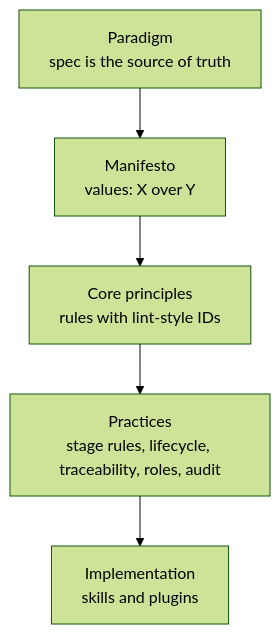
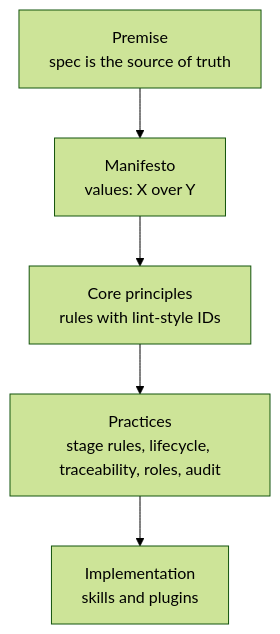
One commit to ScottHysom/claude-plugins changed the first of 3 diagrams in plugins/flywheel/docs/README.md. Above: the diagram before and after it, drawn with Mermaid (forest theme). The commit also changed other lines of this file and 18 other files, not shown here.

````diff
--- a/plugins/flywheel/docs/README.md
+++ b/plugins/flywheel/docs/README.md
@@ -7,7 +7,7 @@
 ```mermaid
 flowchart TD
-  A[Paradigm<br/>spec is the source of truth] --> B[Manifesto<br/>values: X over Y]
+  A[Premise<br/>spec is the source of truth] --> B[Manifesto<br/>values: X over Y]
   B --> C[Core principles<br/>rules with lint-style IDs]
   C --> D[Practices<br/>stage rules, lifecycle, traceability, roles, audit]
   D --> E[Implementation<br/>skills and plugins]
 ```
````
